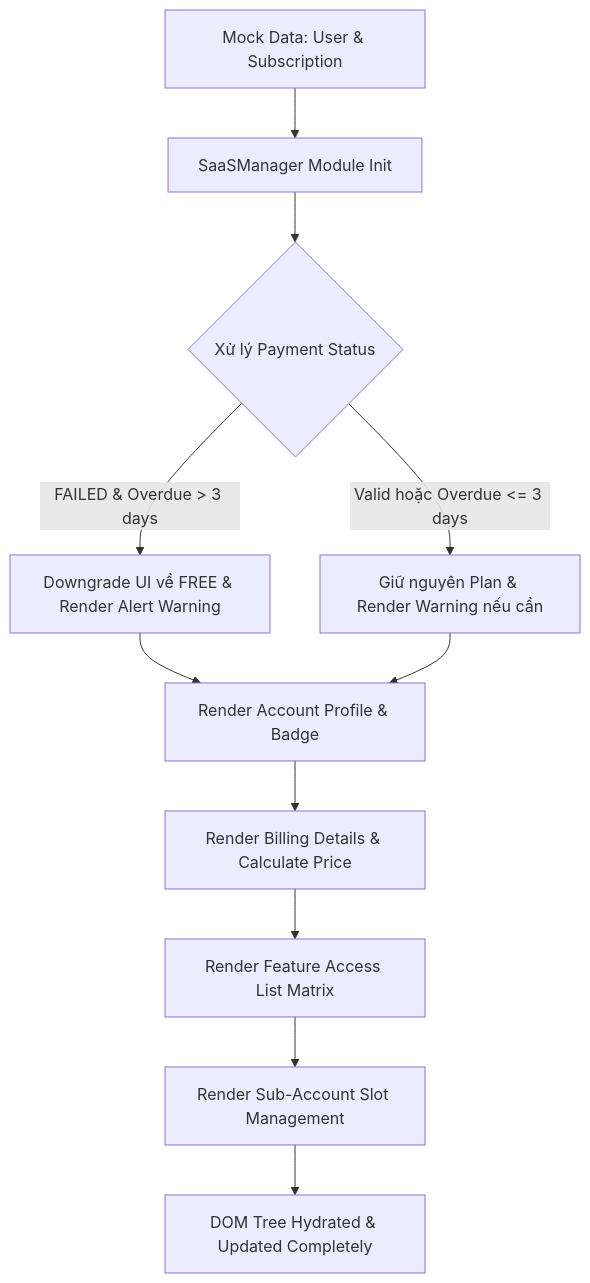
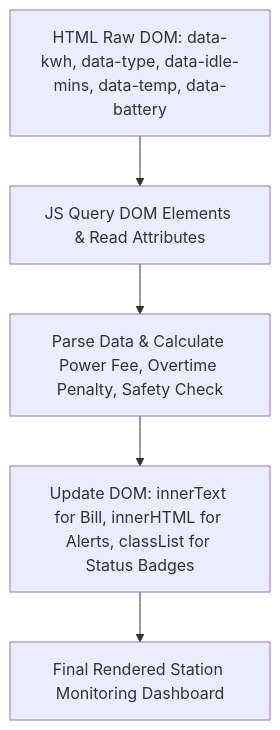
The diagram in output/pms/Phát_triển_ứng_dụng_web/Session 17 - Tương tác DOM API (Document Object Model)- Truy xuất và Thay đổi Nội dung/Bài tập/bai_06/de_bai.md (ngoquy12/learning_material), drawn with Mermaid before and after one commit. The commit also changed other lines of this file and 51 other files, not shown here.

Commit message:
feat(homework): implement 15-exercise Bloom suite, in-class synthesis and mindmap exercises

````diff
--- a/output/pms/Phát_triển_ứng_dụng_web/Session 17 - Tương tác DOM API (Document Object Model)- Truy xuất và Thay đổi Nội dung/Bài tập/bai_06/de_bai.md
+++ b/output/pms/Phát_triển_ứng_dụng_web/Session 17 - Tương tác DOM API (Document Object Model)- Truy xuất và Thay đổi Nội dung/Bài tập/bai_06/de_bai.md
@@ -16,13 +18,7 @@
 ```mermaid
 graph TD
-    A[Mock Data: User & Subscription] --> B[SaaSManager Module Init]
-    B --> C{Xử lý Payment Status}
-    C -- FAILED & Overdue > 3 days --> D[Downgrade UI về FREE & Render Alert Warning]
-    C -- Valid hoặc Overdue <= 3 days --> E[Giữ nguyên Plan & Render Warning nếu cần]
-    D --> F[Render Account Profile & Badge]
-    E --> F
-    F --> G[Render Billing Details & Calculate Price]
-    G --> H[Render Feature Access List Matrix]
-    H --> I[Render Sub-Account Slot Management]
-    I --> J[DOM Tree Hydrated & Updated Completely]
+    A[HTML Raw DOM: data-kwh, data-type, data-idle-mins, data-temp, data-battery] --> B[JS Query DOM Elements & Read Attributes]
+    B --> C[Parse Data & Calculate Power Fee, Overtime Penalty, Safety Check]
+    C --> D[Update DOM: innerText for Bill, innerHTML for Alerts, classList for Status Badges]
+    D --> E[Final Rendered Station Monitoring Dashboard]
 ```
````
